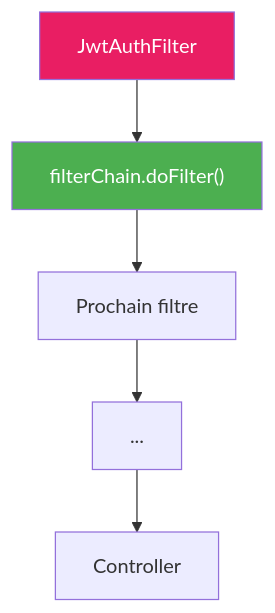
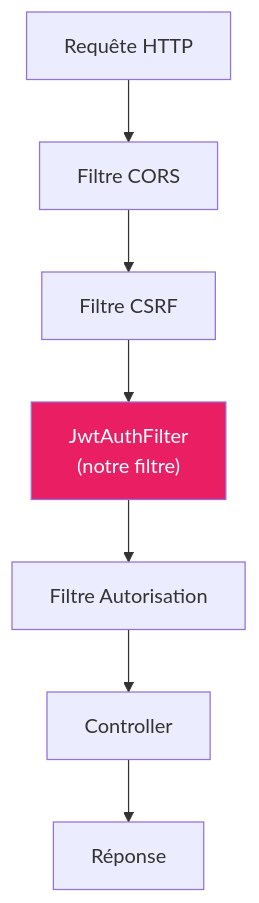
Diagram 18 of 20 in cours/25-exercice-jwtauthfilter.md (hrhouma1/inskillflow-docs-formation-spring-boot-projet-e-contact-backend), drawn with Mermaid before and after one commit. The commit also changed other lines of this file, not shown here.

````diff
--- a/cours/25-exercice-jwtauthfilter.md
+++ b/cours/25-exercice-jwtauthfilter.md
@@ -623,11 +1189,12 @@
 ```mermaid
 graph TB
-    A["JwtAuthFilter"]
-    A --> B["filterChain.doFilter()"]
-    B --> C["Prochain filtre"]
-    C --> D["..."]
-    D --> E["Controller"]
+    A["Requête HTTP"]
+    A --> B["Filtre CORS"]
+    B --> C["Filtre CSRF"]
+    C --> D["JwtAuthFilter<br/>(notre filtre)"]
+    D --> E["Filtre Autorisation"]
+    E --> F["Controller"]
+    F --> G["Réponse"]
     
-    style A fill:#E91E63,color:#fff
-    style B fill:#4CAF50,color:#fff
+    style D fill:#E91E63,color:#fff
 ```
````
